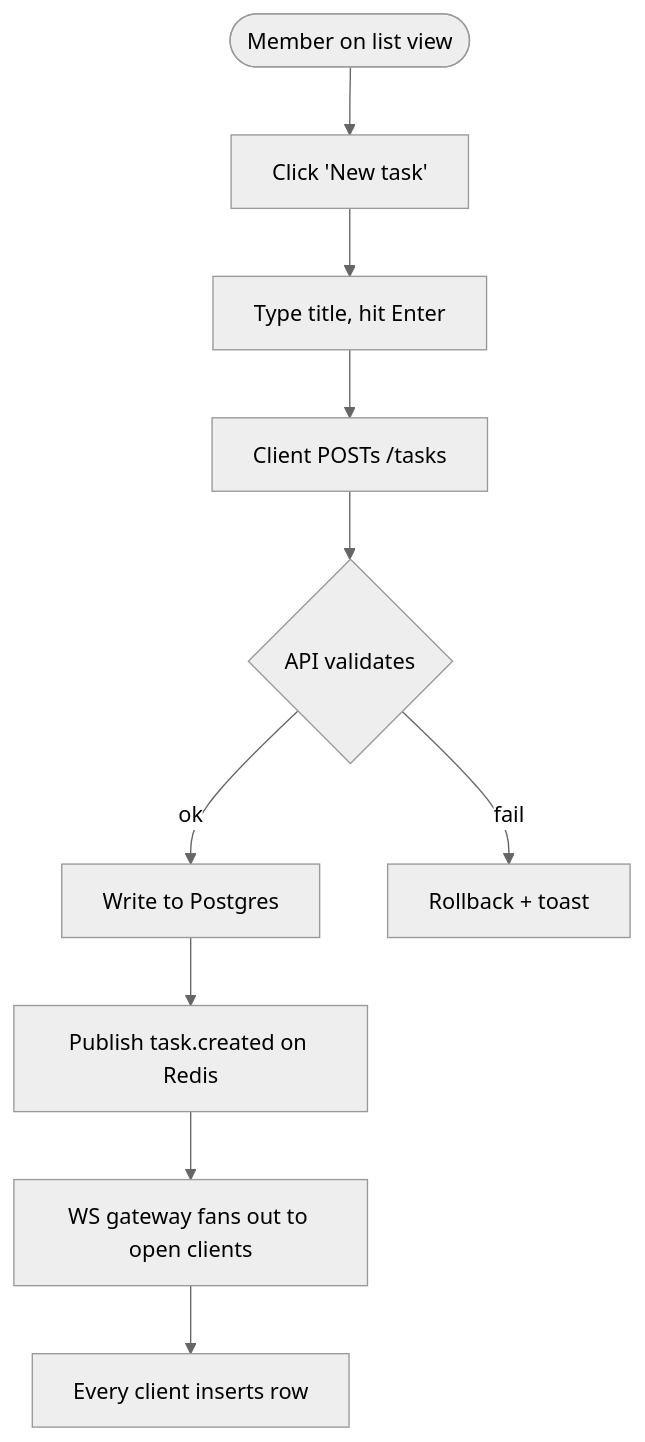
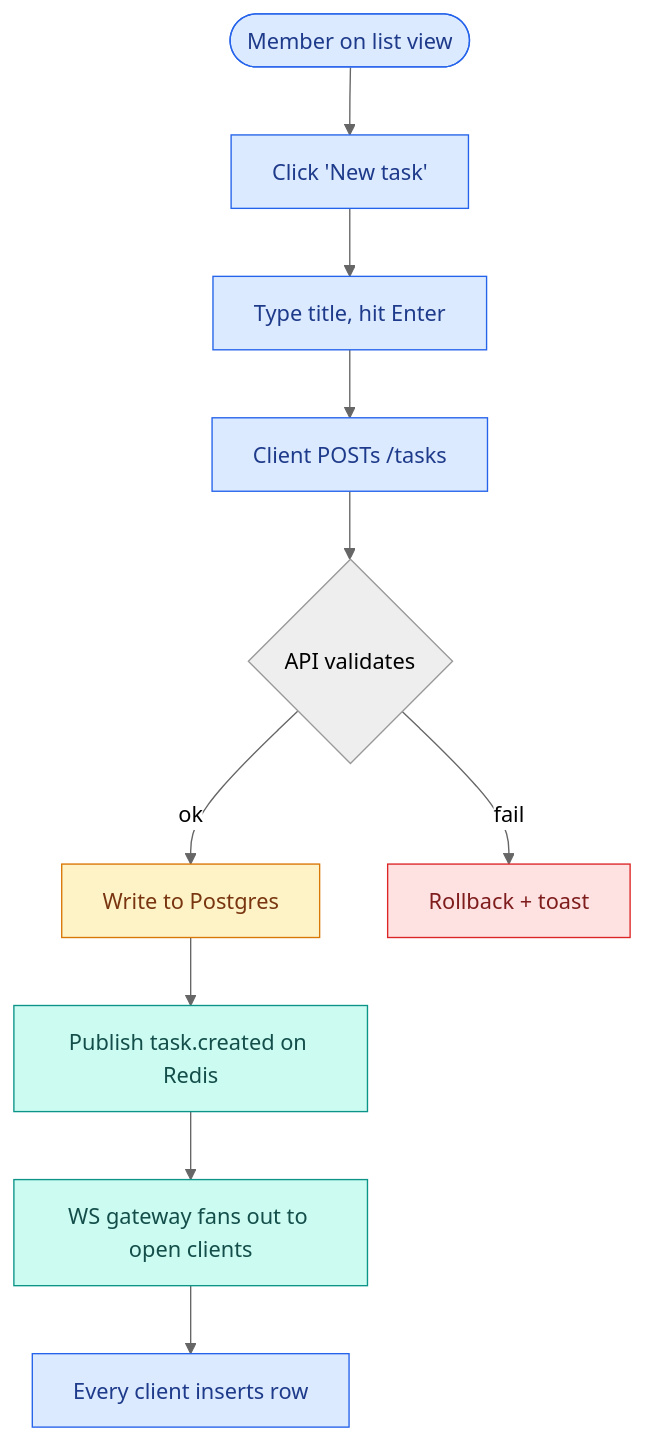
Before and after one commit to ficocelliguy/spec-tacle: the second of 7 diagrams in example/example-spec.md, drawn with Mermaid (neutral theme). The commit also changed other lines of this file and 16 other files, not shown here.

````diff
--- a/example/example-spec.md
+++ b/example/example-spec.md
@@ -229,17 +240,26 @@
 ```mermaid
 flowchart TD
   Start([Member on list view])
   Click["Click 'New task'"]
   Type["Type title, hit Enter"]
   Post["Client POSTs /tasks"]
   Validate{"API validates"}
   Save["Write to Postgres"]
   Publish["Publish task.created on Redis"]
   Fanout["WS gateway fans out to open clients"]
   Insert["Every client inserts row"]
   Error["Rollback + toast"]
 
   Start --> Click --> Type --> Post --> Validate
   Validate -- ok --> Save --> Publish --> Fanout --> Insert
   Validate -- fail --> Error
+
+  classDef blue fill:#dbeafe,stroke:#2563eb,color:#1e3a8a
+  classDef teal fill:#ccfbf1,stroke:#0d9488,color:#134e4a
+  classDef amber fill:#fef3c7,stroke:#d97706,color:#78350f
+  classDef red fill:#fee2e2,stroke:#dc2626,color:#7f1d1d
+  class Start,Click,Type,Post,Insert blue
+  class Publish,Fanout teal
+  class Save amber
+  class Error red
 ```
````
